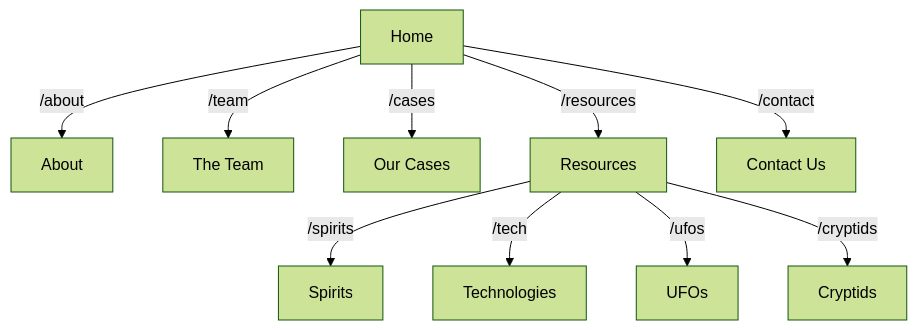
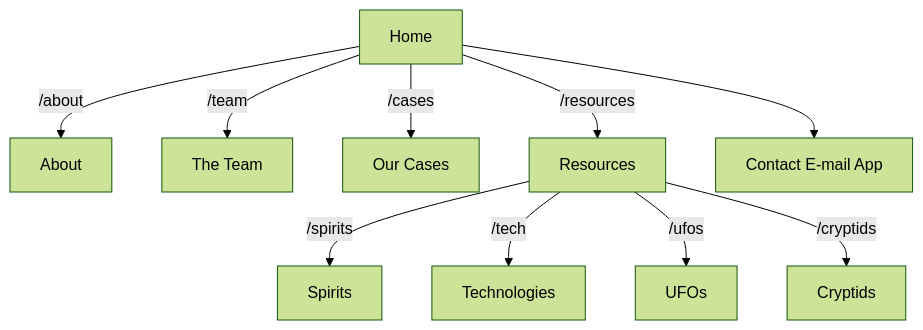
Before and after one commit to Skylands-Developers/skylands-paranormal: the diagram in README.md, drawn with Mermaid (forest theme). The commit also changed other lines of this file, not shown here.

````diff
--- a/README.md
+++ b/README.md
@@ -18,12 +18,12 @@
 ```mermaid
 flowchart TB;
 	Home--/about-->About;
 	Home--/team-->TheTeam[The Team];
 	Home--/cases-->OurCases[Our Cases];
 	Home--/resources-->Resources;
-	Home--/contact-->ContactUs[Contact Us];
+	Home-->ContactUs[Contact E-mail App];
 	Resources--/spirits-->Spirits
 	Resources--/tech-->Technologies
 	Resources--/ufos-->UFOs
 	Resources--/cryptids-->Cryptids
 ```
````
